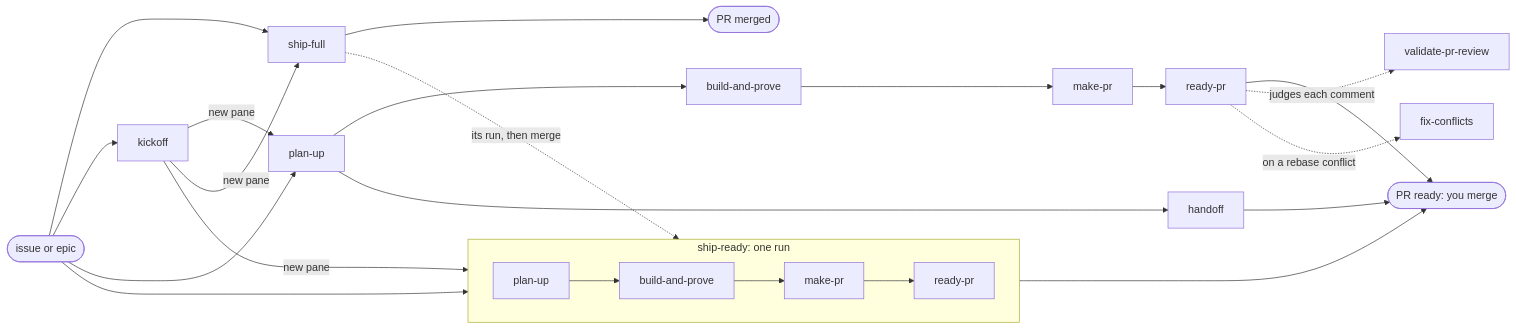
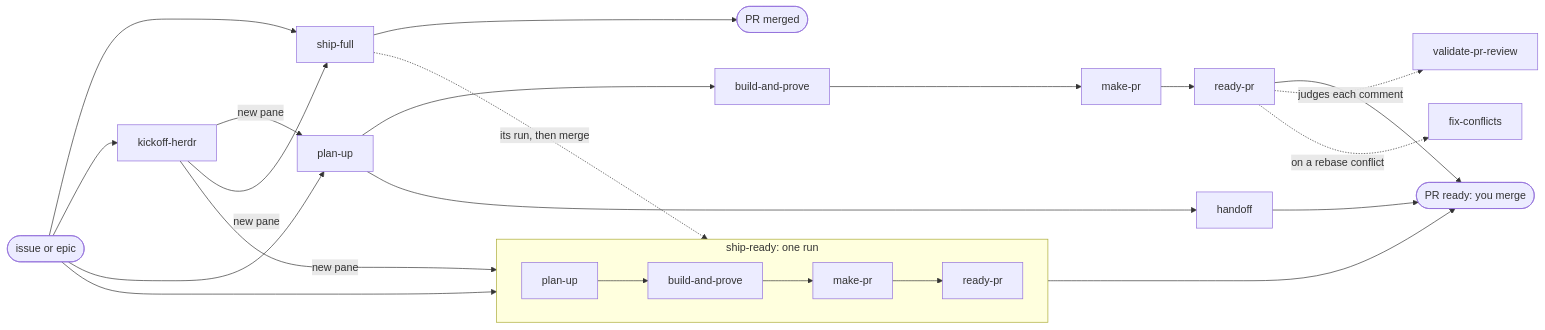
The second of 2 diagrams in README.md (linhvu0711/skills), drawn with Mermaid before and after one commit. The commit also changed other lines of this file and 14 other files, not shown here.

First line of the commit message:
refactor(kickoff): rename the skill to kickoff-herdr

````diff
--- a/README.md
+++ b/README.md
@@ -36,23 +36,23 @@
 ```mermaid
 flowchart LR
   ticket([issue or epic]) --> shipready
   ticket --> shipfull[ship-full]
-  ticket --> kickoff
+  ticket --> kickoffherdr[kickoff-herdr]
   ticket --> planup[plan-up]
-  kickoff -->|new pane| planup
-  kickoff -->|new pane| shipready
-  kickoff -->|new pane| shipfull
+  kickoffherdr -->|new pane| planup
+  kickoffherdr -->|new pane| shipready
+  kickoffherdr -->|new pane| shipfull
   subgraph shipready [ship-ready: one run]
     direction LR
     sp[plan-up] --> sb[build-and-prove] --> sm[make-pr] --> sr[ready-pr]
   end
   planup --> bp[build-and-prove] --> makepr[make-pr] --> readypr[ready-pr]
   planup --> ho[handoff]
   shipready --> done([PR ready: you merge])
   shipfull -.->|its run, then merge| shipready
   shipfull --> merged([PR merged])
   ho --> done
   readypr --> done
   readypr -.->|judges each comment| vpr[validate-pr-review]
   readypr -.->|on a rebase conflict| fc[fix-conflicts]
 ```
````
